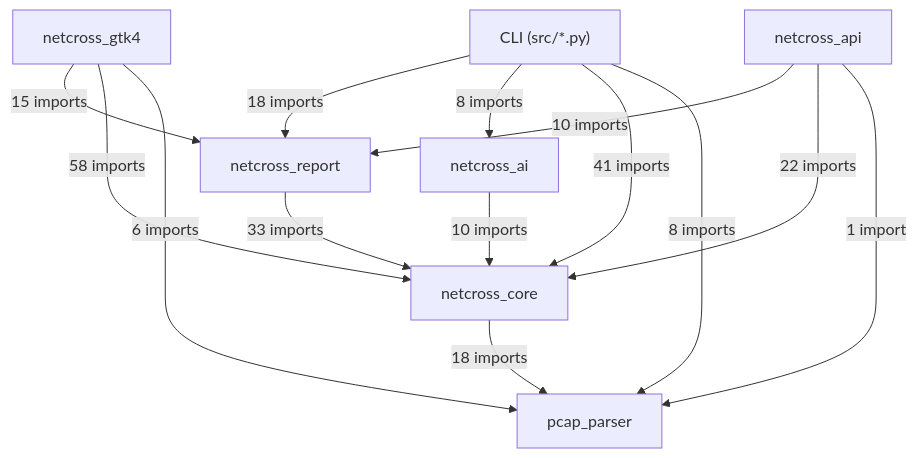
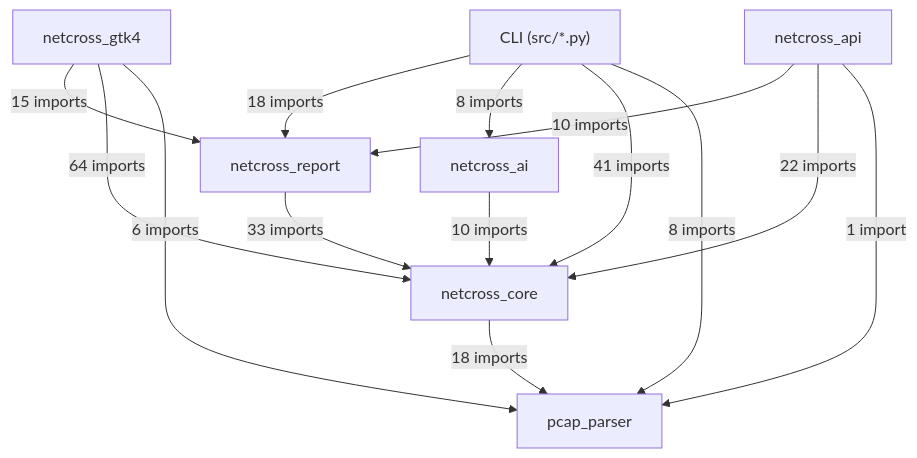
The first of 19 diagrams in docs/class-diagram.md (Mathide-Team/Netcross), drawn with Mermaid before and after one commit. The commit also changed other lines of this file and 8 other files, not shown here.

````diff
--- a/docs/class-diagram.md
+++ b/docs/class-diagram.md
@@ -26,23 +26,23 @@
 ```mermaid
 flowchart TD
     CLI["CLI (src/*.py)"]
     netcross_gtk4["netcross_gtk4"]
     netcross_api["netcross_api"]
     netcross_report["netcross_report"]
     netcross_ai["netcross_ai"]
     netcross_core["netcross_core"]
     pcap_parser["pcap_parser"]
     CLI -->|"18 imports"| netcross_report
     CLI -->|"8 imports"| netcross_ai
     CLI -->|"41 imports"| netcross_core
     CLI -->|"8 imports"| pcap_parser
     netcross_gtk4 -->|"15 imports"| netcross_report
-    netcross_gtk4 -->|"58 imports"| netcross_core
+    netcross_gtk4 -->|"64 imports"| netcross_core
     netcross_gtk4 -->|"6 imports"| pcap_parser
     netcross_api -->|"10 imports"| netcross_report
     netcross_api -->|"22 imports"| netcross_core
     netcross_api -->|"1 import"| pcap_parser
     netcross_report -->|"33 imports"| netcross_core
     netcross_ai -->|"10 imports"| netcross_core
     netcross_core -->|"18 imports"| pcap_parser
 ```
````
